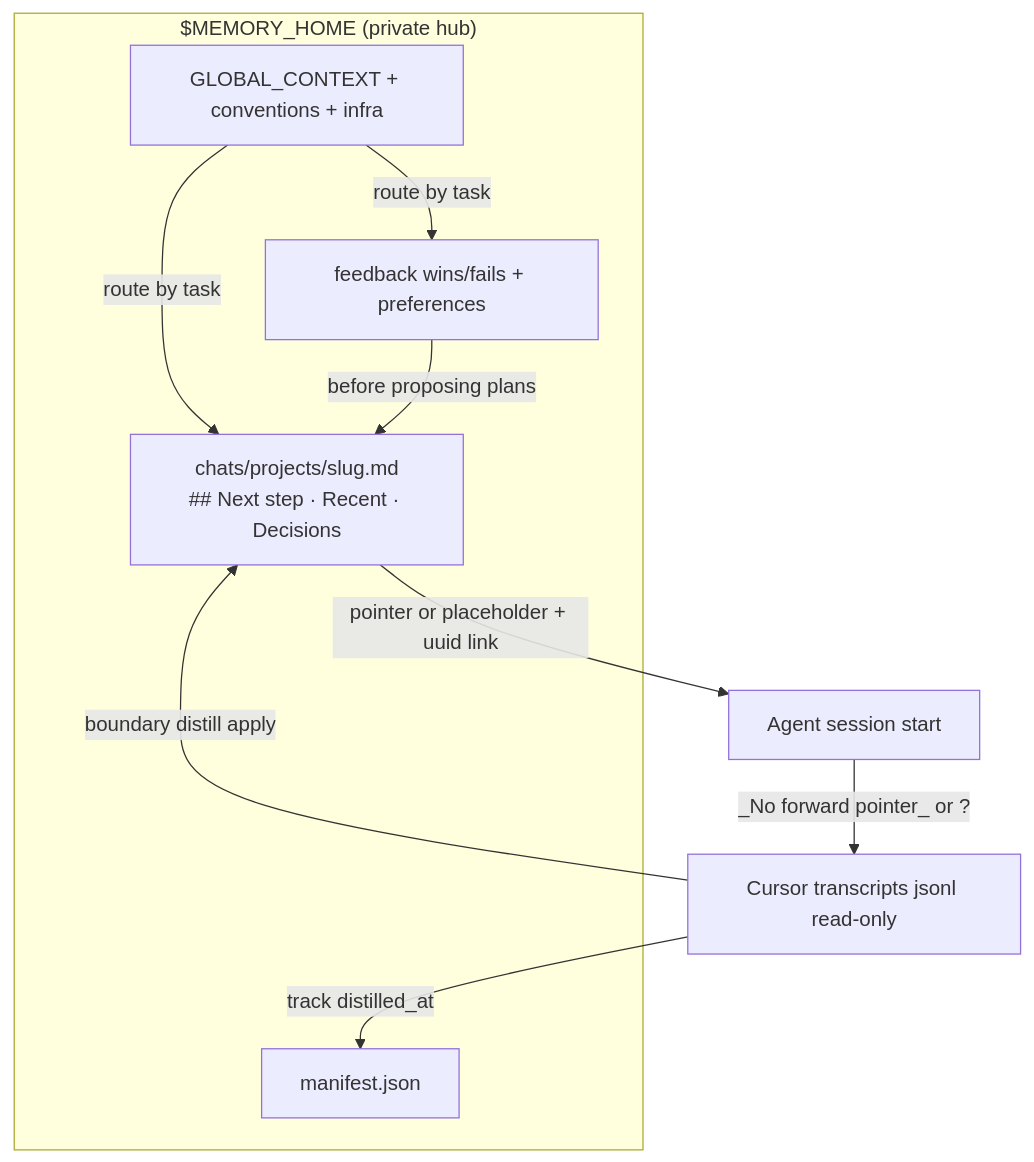
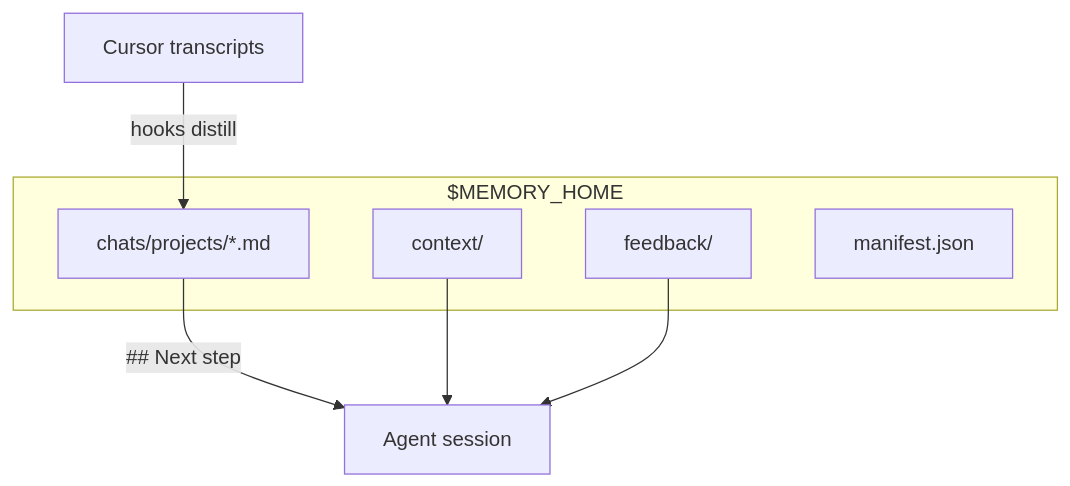
One commit to raphael-batte/cursor-agent-memory changed the diagram in README.md. Above: the diagram before and after it, drawn with Mermaid. The commit also changed other lines of this file and 13 other files, not shown here.

````diff
--- a/README.md
+++ b/README.md
@@ -24,19 +50,16 @@
 ```mermaid
 flowchart TB
-  subgraph hub ["$MEMORY_HOME (private hub)"]
-    GC[GLOBAL_CONTEXT + conventions + infra]
-    FB[feedback wins/fails + preferences]
-    CH["chats/projects/slug.md\n## Next step · Recent · Decisions"]
+  subgraph hub ["$MEMORY_HOME"]
+    GC[context/]
+    FB[feedback/]
+    CH["chats/projects/*.md"]
     MF[manifest.json]
   end
-  TR[Cursor transcripts jsonl read-only]
-  AG[Agent session start]
+  TR[Cursor transcripts]
+  AG[Agent session]
 
-  TR -->|boundary distill apply| CH
-  TR -->|track distilled_at| MF
-  CH -->|pointer or placeholder + uuid link| AG
-  AG -->|_No forward pointer_ or ?| TR
-  GC -->|route by task| FB
-  GC -->|route by task| CH
-  FB -->|before proposing plans| CH
+  TR -->|hooks distill| CH
+  CH -->|## Next step| AG
+  GC --> AG
+  FB --> AG
 ```
````
